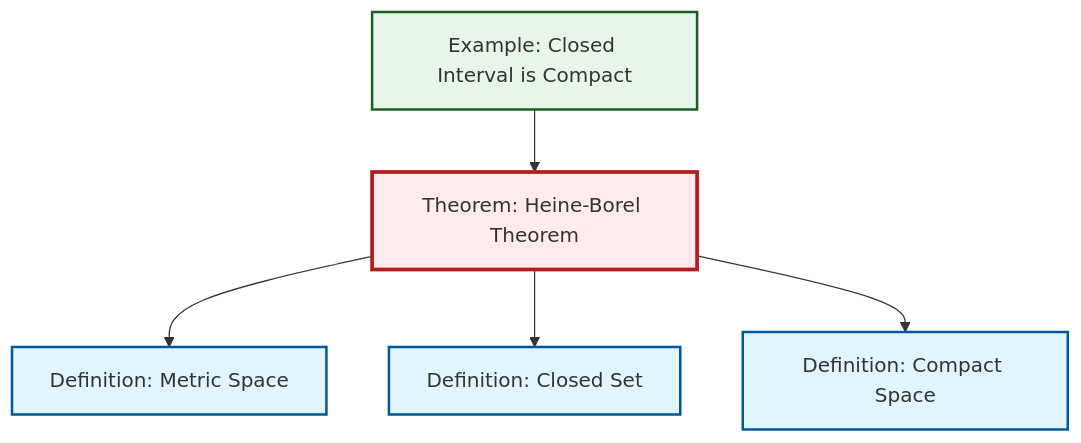
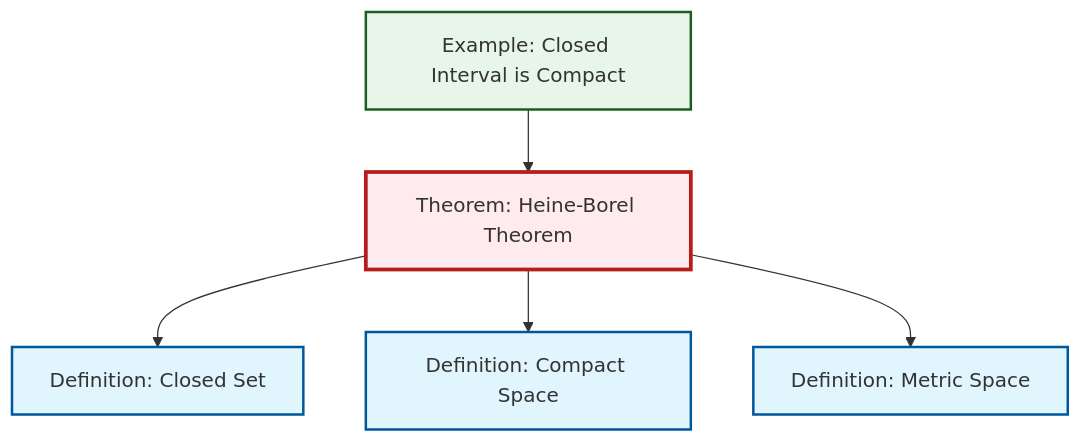
One commit to RK0429/ModernMath changed the diagram in content/ja/topology/thm-heine-borel.qmd. Above: the diagram before and after it, drawn with Mermaid. The commit also changed other lines of this file and 619 other files, not shown here.

````diff
--- a/content/ja/topology/thm-heine-borel.qmd
+++ b/content/ja/topology/thm-heine-borel.qmd
@@ -49,23 +49,23 @@
 ```{mermaid}
 %%| fig-cap: "Local dependency graph"
 graph TD
     classDef definition fill:#e1f5fe,stroke:#01579b,stroke-width:2px
     classDef theorem fill:#f3e5f5,stroke:#4a148c,stroke-width:2px
     classDef axiom fill:#fff3e0,stroke:#e65100,stroke-width:2px
     classDef example fill:#e8f5e9,stroke:#1b5e20,stroke-width:2px
     classDef current fill:#ffebee,stroke:#b71c1c,stroke-width:3px
+    ex-closed-interval-compact["Example: Closed Interval is Compact"]:::example
     def-compact["Definition: Compact Space"]:::definition
+    def-metric-space["Definition: Metric Space"]:::definition
     def-closed-set["Definition: Closed Set"]:::definition
     thm-heine-borel["Theorem: Heine-Borel Theorem"]:::theorem
-    def-metric-space["Definition: Metric Space"]:::definition
-    ex-closed-interval-compact["Example: Closed Interval is Compact"]:::example
+    thm-heine-borel --> def-closed-set
+    thm-heine-borel --> def-compact
     thm-heine-borel --> def-metric-space
     ex-closed-interval-compact --> thm-heine-borel
-    thm-heine-borel --> def-closed-set
-    thm-heine-borel --> def-compact
     class thm-heine-borel current
+    click ex-closed-interval-compact "ex-closed-interval-compact.html" "Example: Closed Interval is Compactへ"
     click def-compact "def-compact.html" "Definition: Compact Spaceへ"
+    click def-metric-space "def-metric-space.html" "Definition: Metric Spaceへ"
     click def-closed-set "def-closed-set.html" "Definition: Closed Setへ"
-    click def-metric-space "def-metric-space.html" "Definition: Metric Spaceへ"
-    click ex-closed-interval-compact "ex-closed-interval-compact.html" "Example: Closed Interval is Compactへ"
 ```
````
